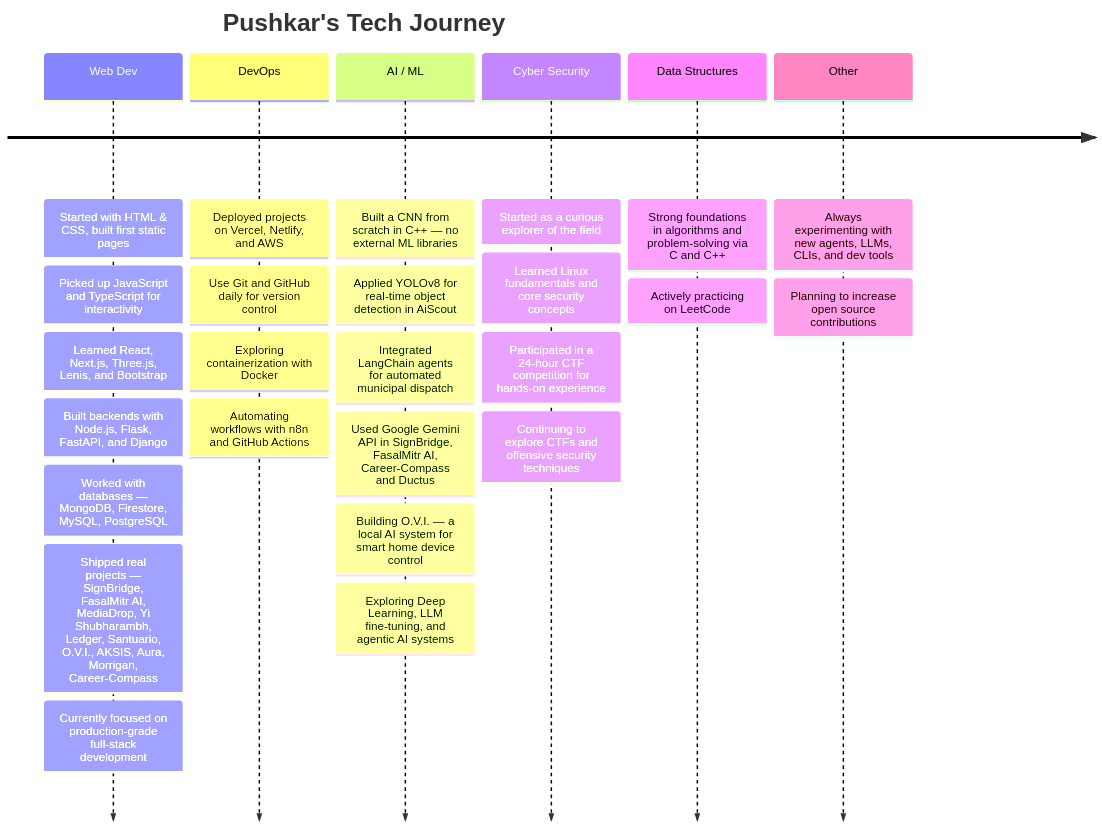
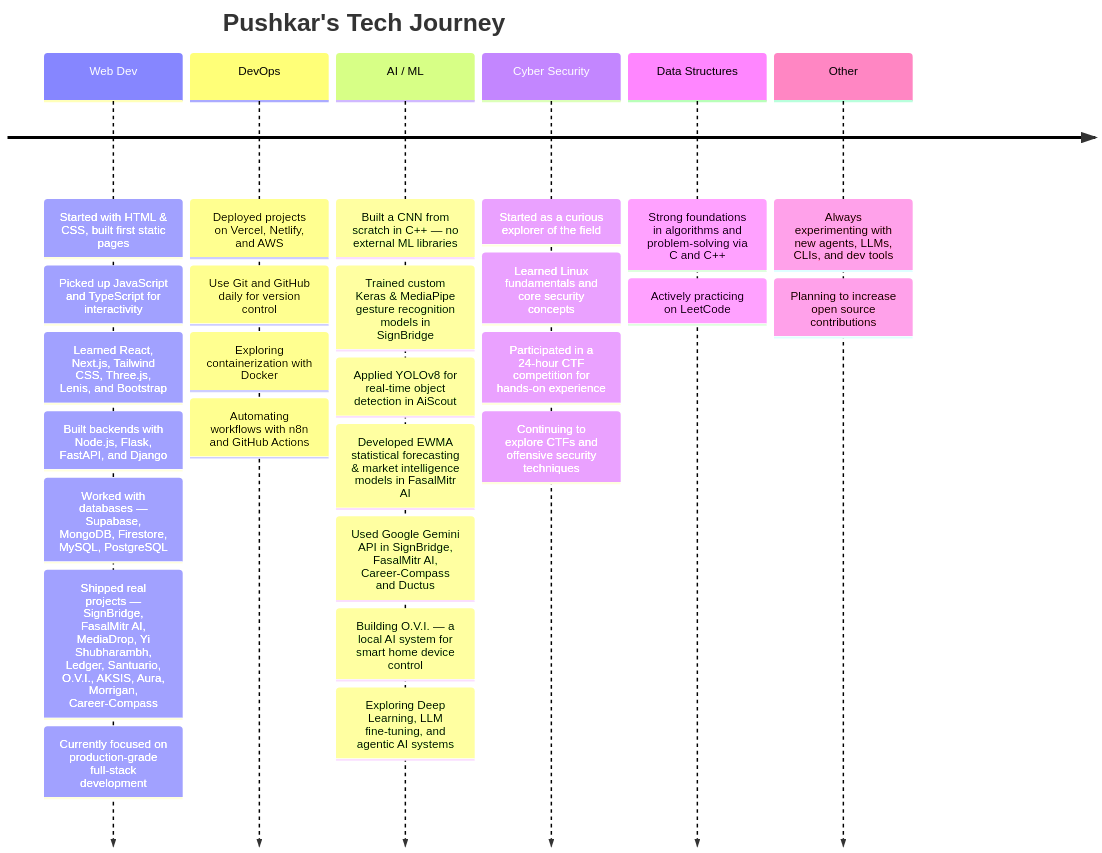
Before and after one commit to pushkar156/pushkar156: the diagram in README.md, drawn with Mermaid. The commit also changed other lines of this file, not shown here.

Commit message:
docs: update tech stack breakdown, journey, and milestones with Supabase, Tailwind, Keras, and MediaPipe

````diff
--- a/README.md
+++ b/README.md
@@ -303,35 +303,36 @@
 ```mermaid
 timeline
     title Pushkar's Tech Journey
     Web Dev
         : Started with HTML & CSS, built first static pages
         : Picked up JavaScript and TypeScript for interactivity
-        : Learned React, Next.js, Three.js, Lenis, and Bootstrap
+        : Learned React, Next.js, Tailwind CSS, Three.js, Lenis, and Bootstrap
         : Built backends with Node.js, Flask, FastAPI, and Django
-        : Worked with databases — MongoDB, Firestore, MySQL, PostgreSQL
+        : Worked with databases — Supabase, MongoDB, Firestore, MySQL, PostgreSQL
         : Shipped real projects — SignBridge, FasalMitr AI, MediaDrop, Yi Shubharambh, Ledger, Santuario, O.V.I., AKSIS, Aura, Morrigan, Career-Compass
         : Currently focused on production-grade full-stack development
     DevOps
         : Deployed projects on Vercel, Netlify, and AWS
         : Use Git and GitHub daily for version control
         : Exploring containerization with Docker
         : Automating workflows with n8n and GitHub Actions
     AI / ML
         : Built a CNN from scratch in C++ — no external ML libraries
+        : Trained custom Keras & MediaPipe gesture recognition models in SignBridge
         : Applied YOLOv8 for real-time object detection in AiScout
-        : Integrated LangChain agents for automated municipal dispatch
+        : Developed EWMA statistical forecasting & market intelligence models in FasalMitr AI
         : Used Google Gemini API in SignBridge, FasalMitr AI, Career-Compass and Ductus
         : Building O.V.I. — a local AI system for smart home device control
         : Exploring Deep Learning, LLM fine-tuning, and agentic AI systems
     Cyber Security
         : Started as a curious explorer of the field
         : Learned Linux fundamentals and core security concepts
         : Participated in a 24-hour CTF competition for hands-on experience
         : Continuing to explore CTFs and offensive security techniques
     Data Structures
         : Strong foundations in algorithms and problem-solving via C and C++
         : Actively practicing on LeetCode
     Other
         : Always experimenting with new agents, LLMs, CLIs, and dev tools
         : Planning to increase open source contributions
 ```
````
